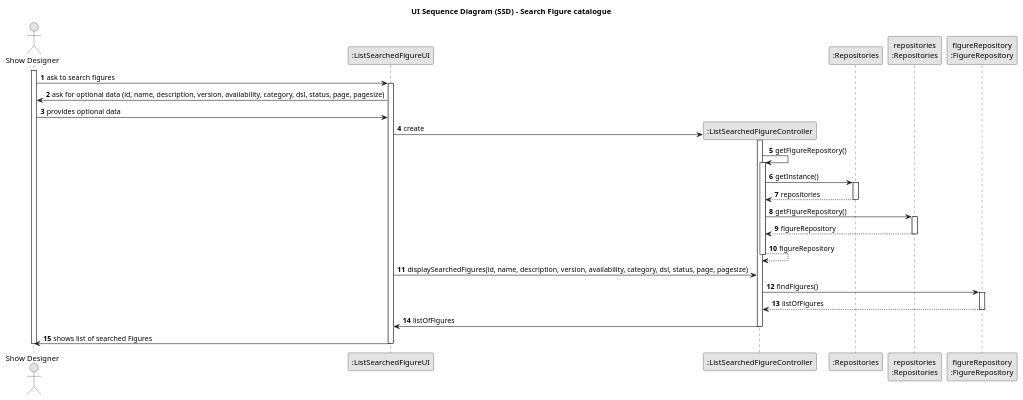
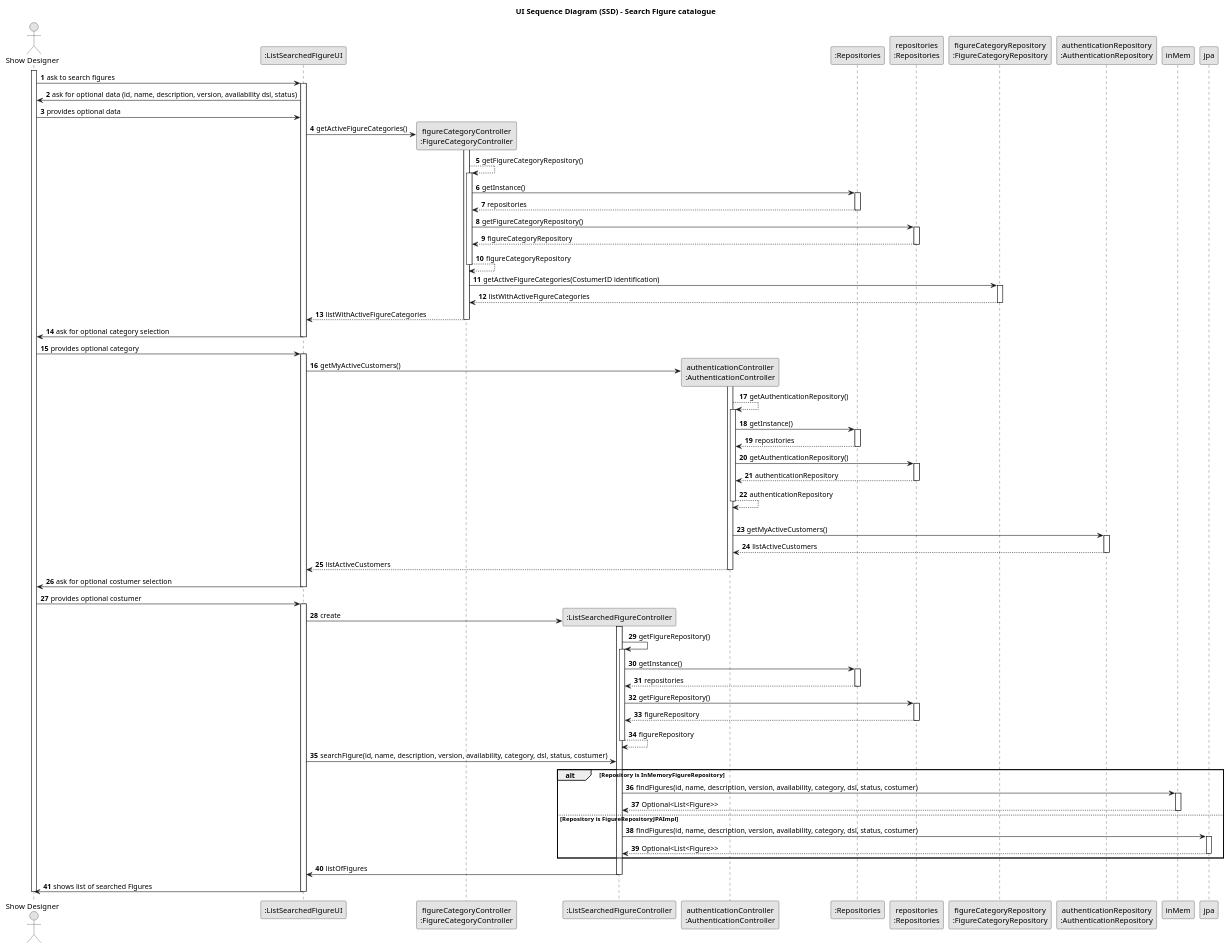
The diagram in docs/planning/sprint2/EAPLI/US232 - Search Figure catalogue/03.design/puml/us232-sequence-diagram-full.puml (SAEmanuel/Shodrone_ISEP), drawn with PlantUML before and after one commit. The commit also changed 9 other files, not shown here.

```diff
--- a/docs/planning/sprint2/EAPLI/US232 - Search Figure catalogue/03.design/puml/us232-sequence-diagram-full.puml
+++ b/docs/planning/sprint2/EAPLI/US232 - Search Figure catalogue/03.design/puml/us232-sequence-diagram-full.puml
@@ -1,61 +1,155 @@
 @startuml
 skinparam monochrome true
 skinparam packageStyle rectangle
 skinparam shadowing false
 
 title UI Sequence Diagram (SSD) - Search Figure catalogue
 
 autonumber
 
 actor "Show Designer" as showDesigner
 participant ":ListSearchedFigureUI" as UI
 participant ":ListSearchedFigureController" as CTRL
 participant ":Repositories" as RepositorySingleton
 participant "repositories\n:Repositories" as PLAT
-participant "figureRepository\n:FigureRepository" as catRepo
+
+participant "figureCategoryController\n:FigureCategoryController" as figureCategoryControler
+participant ":AddFigureController" as CTRL
+participant "authenticationController\n:AuthenticationController" as authcot
+participant ":Repositories" as RepositorySingleton
+participant "repositories\n:Repositories" as PLAT
+participant "figureCategoryRepository\n:FigureCategoryRepository" as figureCategoryRepository
+participant "authenticationRepository\n:AuthenticationRepository" as authenticationRepository
 
 activate showDesigner
 
     showDesigner -> UI : ask to search figures
     activate UI
 
-    UI -> showDesigner : ask for optional data (id, name, description, version, availability, category, dsl, status, page, pagesize)
+    UI -> showDesigner : ask for optional data (id, name, description, version, availability dsl, status)
     showDesigner -> UI : provides optional data
+    UI -> figureCategoryControler** : getActiveFigureCategories()
+
+
+                    activate figureCategoryControler
+
+                    figureCategoryControler --> figureCategoryControler : getFigureCategoryRepository()
+
+                    activate figureCategoryControler
+
+                        figureCategoryControler -> RepositorySingleton : getInstance()
+                        activate RepositorySingleton
+
+                            RepositorySingleton --> figureCategoryControler : repositories
+                        deactivate RepositorySingleton
+
+                        figureCategoryControler -> PLAT : getFigureCategoryRepository()
+
+                        activate PLAT
+
+                            PLAT --> figureCategoryControler : figureCategoryRepository
+                        deactivate PLAT
+
+                            figureCategoryControler --> figureCategoryControler: figureCategoryRepository
+                    deactivate figureCategoryControler
+
+                        figureCategoryControler -> figureCategoryRepository : getActiveFigureCategories(CostumerID identification)
+
+
+                        activate figureCategoryRepository
+
+                        figureCategoryRepository --> figureCategoryControler : listWithActiveFigureCategories
+
+            deactivate figureCategoryRepository
+            figureCategoryControler --> UI : listWithActiveFigureCategories
+            deactivate figureCategoryControler
+    UI -> showDesigner : ask for optional category selection
+      deactivate UI
+
+showDesigner -> UI : provides optional category
+activate UI
+
+UI -> authcot ** : getMyActiveCustomers()
+deactivate CTRL
+        activate authcot
+            authcot --> authcot : getAuthenticationRepository()
+            activate authcot
+
+                authcot -> RepositorySingleton : getInstance()
+                activate RepositorySingleton
+
+                RepositorySingleton --> authcot : repositories
+                deactivate RepositorySingleton
+
+                authcot -> PLAT : getAuthenticationRepository()
+                activate PLAT
+
+                    PLAT --> authcot  : authenticationRepository
+                deactivate PLAT
+                    authcot --> authcot : authenticationRepository
+                    |||
+            deactivate authcot
+
+            authcot -> authenticationRepository  : getMyActiveCustomers()
+            activate authenticationRepository
+
+                authenticationRepository --> authcot : listActiveCustomers
+            deactivate authenticationRepository
+
+            authcot --> UI : listActiveCustomers
+
+        deactivate authcot
+    UI -> showDesigner : ask for optional costumer selection
+
+  deactivate UI
+
+  showDesigner -> UI : provides optional costumer
+activate UI
 
     UI -> CTRL** : create
     activate CTRL
 
         CTRL -> CTRL : getFigureRepository()
         activate CTRL
 
             CTRL -> RepositorySingleton : getInstance()
             activate RepositorySingleton
 
                 RepositorySingleton --> CTRL: repositories
             deactivate RepositorySingleton
 
             CTRL -> PLAT : getFigureRepository()
             activate PLAT
 
                 PLAT --> CTRL: figureRepository
             deactivate PLAT
             CTRL --> CTRL : figureRepository
 
         deactivate CTRL
 
-        UI -> CTRL: displaySearchedFigures(id, name, description, version, availability, category, dsl, status, page, pagesize)
-                CTRL -> catRepo: findFigures()
-                activate catRepo
+        UI -> CTRL: searchFigure(id, name, description, version, availability, category, dsl, status, costumer)
 
-                    catRepo --> CTRL: listOfFigures
-                deactivate catRepo
+alt Repository is InMemoryFigureRepository
+    CTRL -> inMem: findFigures(id, name, description, version, availability, category, dsl, status, costumer)
+    activate inMem
+
+    inMem --> CTRL: Optional<List<Figure>>
+    deactivate inMem
+
+else Repository is FigureRepositoryJPAImpl
+    CTRL -> jpa: findFigures(id, name, description, version, availability, category, dsl, status, costumer)
+    activate jpa
+
+    jpa --> CTRL: Optional<List<Figure>>
+    deactivate jpa
+end
                 CTRL -> UI: listOfFigures
 
             deactivate CTRL
 
             UI -> showDesigner : shows list of searched Figures
 
 deactivate UI
 deactivate showDesigner
 
 @enduml
```
